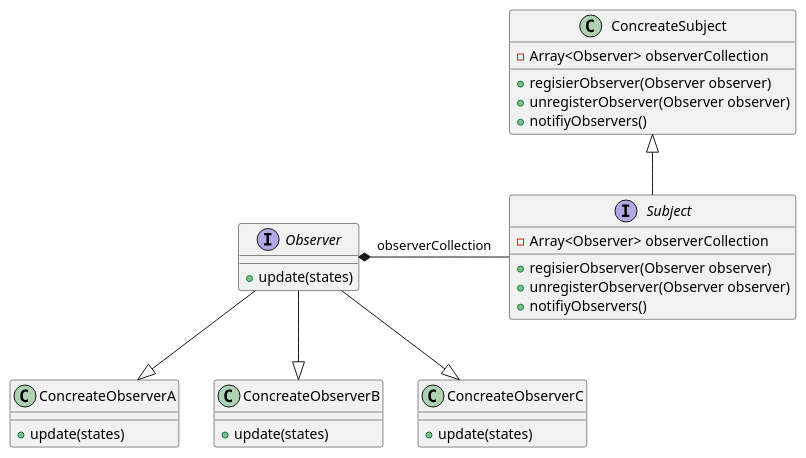
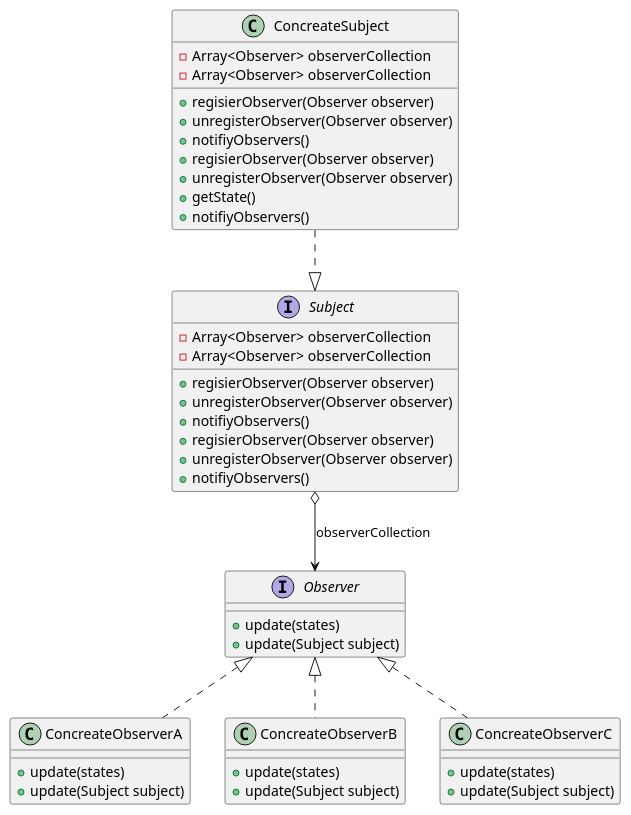
The second of 2 diagrams in _posts/blog/2017-05-18-observer-pattern.md (vomvoru/vomvoru.github.io), drawn with PlantUML before and after one commit. The commit also changed other lines of this file and 2 other files, not shown here.

````diff
--- a/_posts/blog/2017-05-18-observer-pattern.md
+++ b/_posts/blog/2017-05-18-observer-pattern.md
@@ -75,39 +106,70 @@
 ```plantuml
 interface Subject {
     -Array<Observer> observerCollection
     +regisierObserver(Observer observer)
     +unregisterObserver(Observer observer)
     +notifiyObservers()
 }
 
 class ConcreateSubject{
     -Array<Observer> observerCollection
     +regisierObserver(Observer observer)
     +unregisterObserver(Observer observer)
     +notifiyObservers()
 }
 
 interface Observer{
     +update(states)
 }
 
 class ConcreateObserverA{
     +update(states)
 }
 
 class ConcreateObserverB{
     +update(states)
 }
 
 class ConcreateObserverC{
     +update(states)
 }
 
-ConcreateSubject <|-- Subject
+interface Subject {
+    -Array<Observer> observerCollection
+    +regisierObserver(Observer observer)
+    +unregisterObserver(Observer observer)
+    +notifiyObservers()
+}
 
-ConcreateObserverA <|-up- Observer
-ConcreateObserverB <|-up- Observer
-ConcreateObserverC <|-up- Observer
+class ConcreateSubject{
+    -Array<Observer> observerCollection
+    +regisierObserver(Observer observer)
+    +unregisterObserver(Observer observer)
+    +getState()
+    +notifiyObservers()
+}
 
-Subject -left-* Observer : observerCollection
+interface Observer{
+    +update(Subject subject)
+}
+
+class ConcreateObserverA{
+    +update(Subject subject)
+}
+
+class ConcreateObserverB{
+    +update(Subject subject)
+}
+
+class ConcreateObserverC{
+    +update(Subject subject)
+}
+
+ConcreateSubject ..|> Subject
+
+ConcreateObserverA .up.|> Observer
+ConcreateObserverB .up.|> Observer
+ConcreateObserverC .up.|> Observer
+
+Subject o--> Observer : observerCollection
 ```
````
